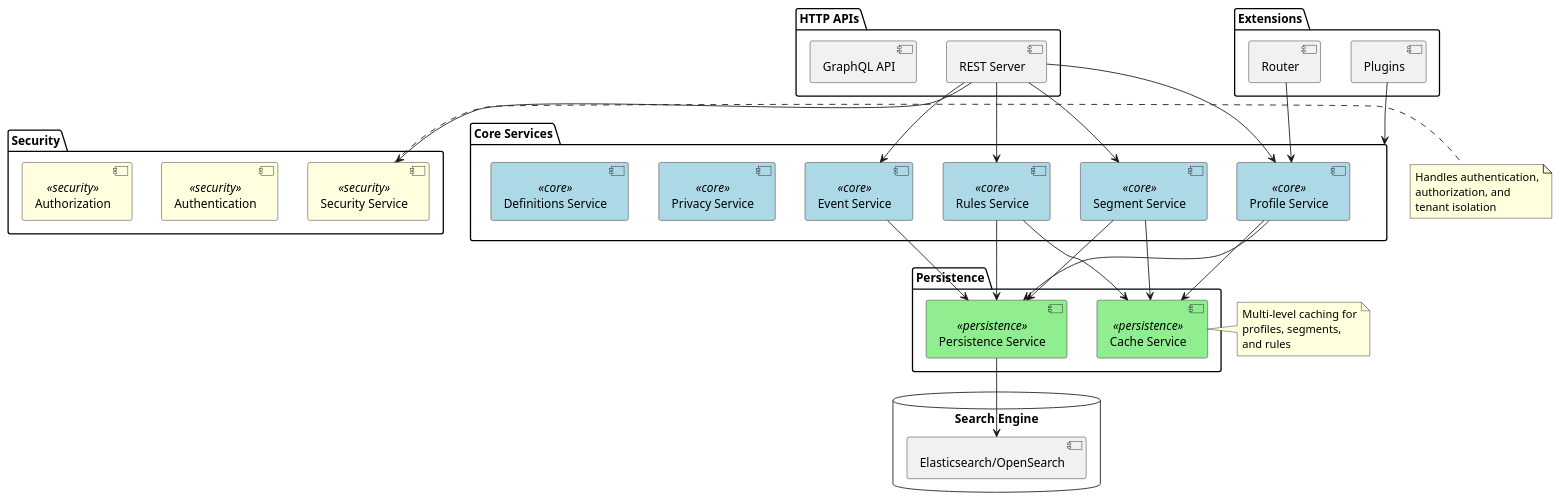
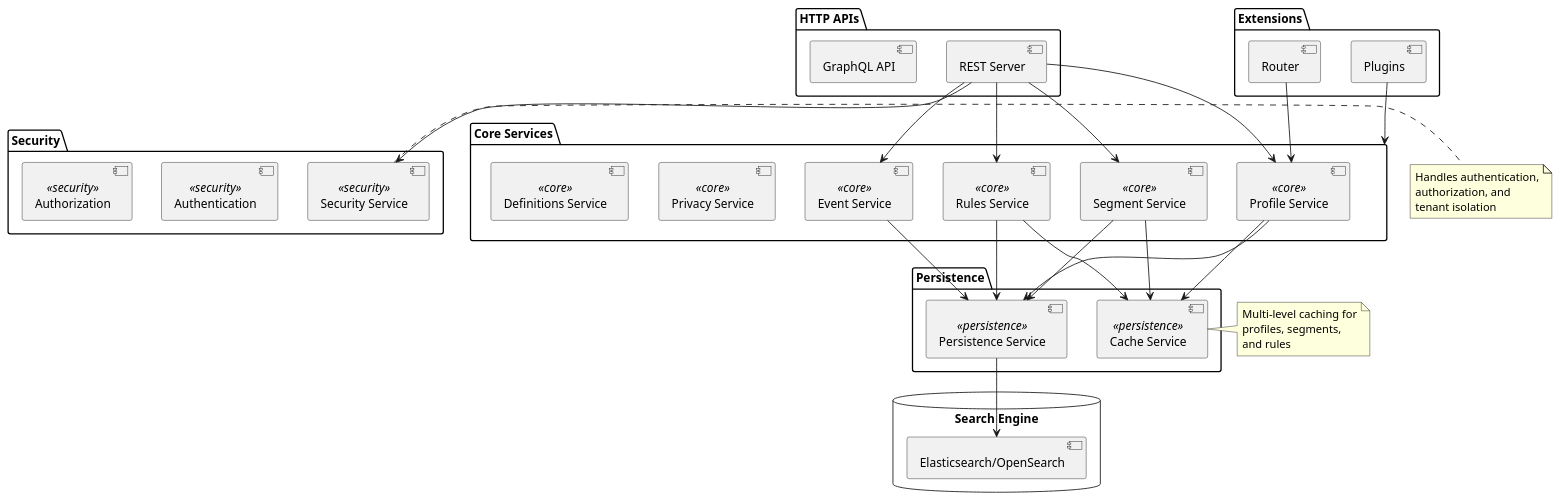
The second of 4 diagrams in manual/src/main/asciidoc/architecture.adoc (apache/unomi), drawn with PlantUML before and after one commit. The commit also changed other lines of this file and 16 other files, not shown here.

First line of the commit message:
docs: brand PlantUML diagrams with Unomi theme colors

```diff
--- a/manual/src/main/asciidoc/architecture.adoc
+++ b/manual/src/main/asciidoc/architecture.adoc
@@ -60,77 +60,72 @@
 [plantuml]
 ----
 @startuml
 skinparam componentStyle uml2
-skinparam component {
-  BackgroundColor<<core>> LightBlue
-  BackgroundColor<<persistence>> LightGreen
-  BackgroundColor<<security>> LightYellow
-}
 
 package "Core Services" {
   [Profile Service] <<core>>
   [Event Service] <<core>>
   [Segment Service] <<core>>
   [Rules Service] <<core>>
   [Privacy Service] <<core>>
   [Definitions Service] <<core>>
 }
 
 package "Security" {
   [Security Service] <<security>>
   [Authentication] <<security>>
   [Authorization] <<security>>
 }
 
 package "Persistence" {
   [Persistence Service] <<persistence>>
   [Cache Service] <<persistence>>
 }
 
 package "HTTP APIs" {
   [REST Server]
   [GraphQL API]
 }
 
 package "Extensions" {
   [Router]
   [Plugins]
 }
 
 database "Search Engine" {
   [Elasticsearch/OpenSearch]
 }
 
 [Profile Service] --> [Persistence Service]
 [Event Service] --> [Persistence Service]
 [Segment Service] --> [Persistence Service]
 [Rules Service] --> [Persistence Service]
 
 [Profile Service] --> [Cache Service]
 [Segment Service] --> [Cache Service]
 [Rules Service] --> [Cache Service]
 
 [REST Server] --> [Security Service]
 [REST Server] --> [Profile Service]
 [REST Server] --> [Event Service]
 [REST Server] --> [Segment Service]
 [REST Server] --> [Rules Service]
 
 [Persistence Service] --> [Elasticsearch/OpenSearch]
 
 [Router] --> [Profile Service]
 [Plugins] --> [Core Services]
 
 note right of [Security Service]
   Handles authentication,
   authorization, and
   tenant isolation
 end note
 
 note right of [Cache Service]
   Multi-level caching for
   profiles, segments,
   and rules
 end note
 @enduml
 ----
```
